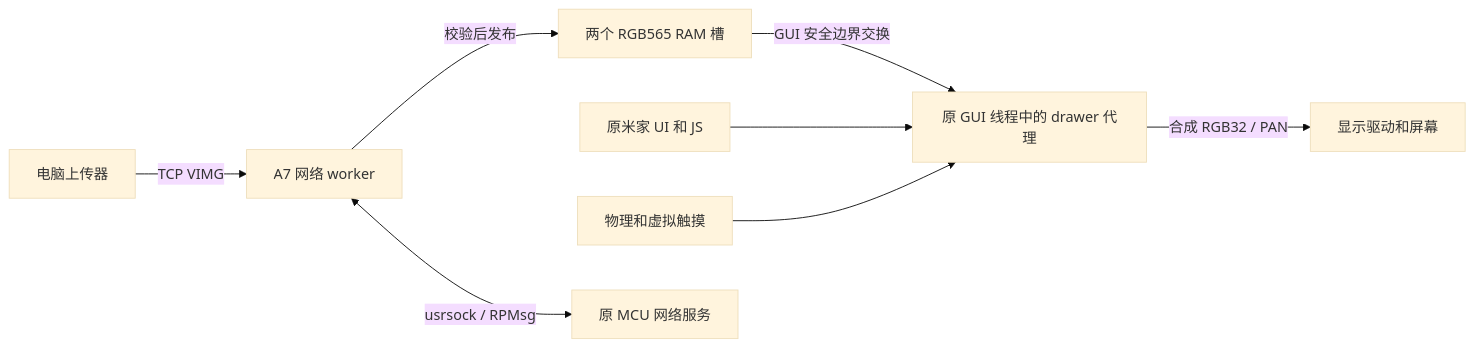
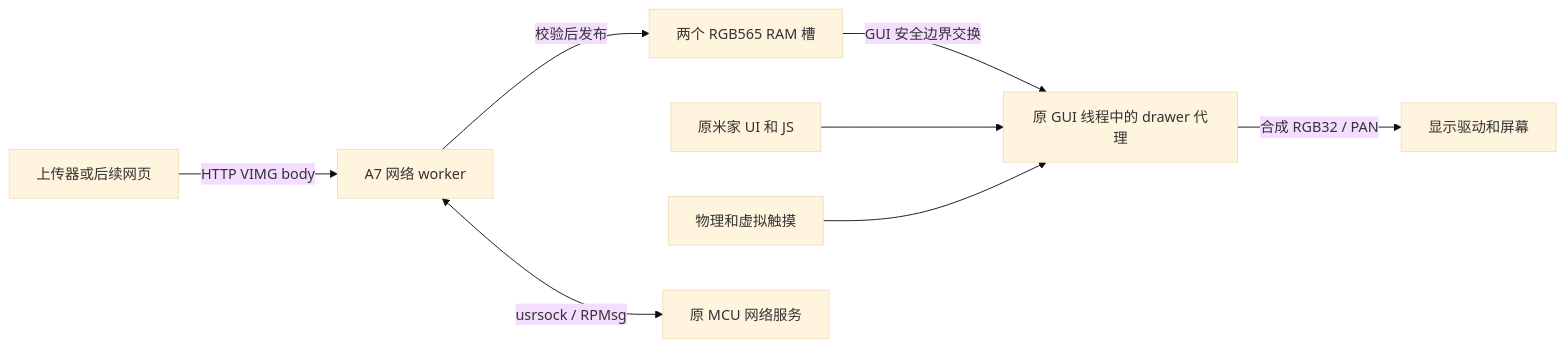
Before and after one commit to vilicvane/xiaomi.controller.86v1: the diagram in docs/architecture.md, drawn with Mermaid (base theme). The commit also changed other lines of this file and 35 other files, not shown here.

````diff
--- a/docs/architecture.md
+++ b/docs/architecture.md
@@ -15,10 +18,10 @@
 ```mermaid
 flowchart LR
-    Client[电脑上传器] -->|TCP VIMG| Worker[A7 网络 worker]
+    Client[上传器或后续网页] -->|HTTP VIMG body| Worker[A7 网络 worker]
     Worker -->|校验后发布| Slots[两个 RGB565 RAM 槽]
     Slots -->|GUI 安全边界交换| GUI[原 GUI 线程中的 drawer 代理]
     Original[原米家 UI 和 JS] --> GUI
     Touch[物理和虚拟触摸] --> GUI
     GUI -->|合成 RGB32 / PAN| Screen[显示驱动和屏幕]
     Worker <-->|usrsock / RPMsg| MCU[原 MCU 网络服务]
 ```
````
